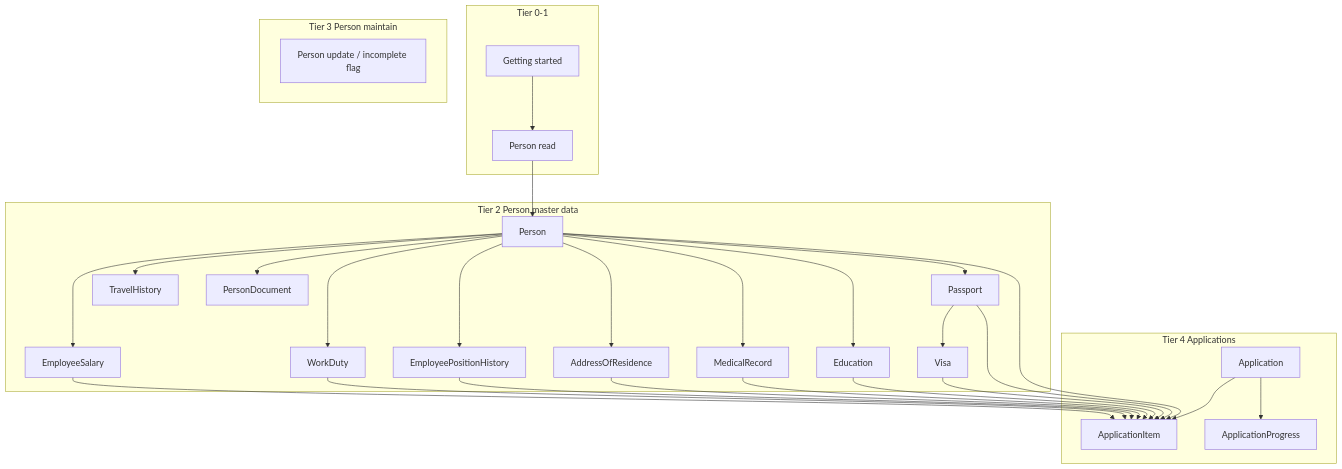
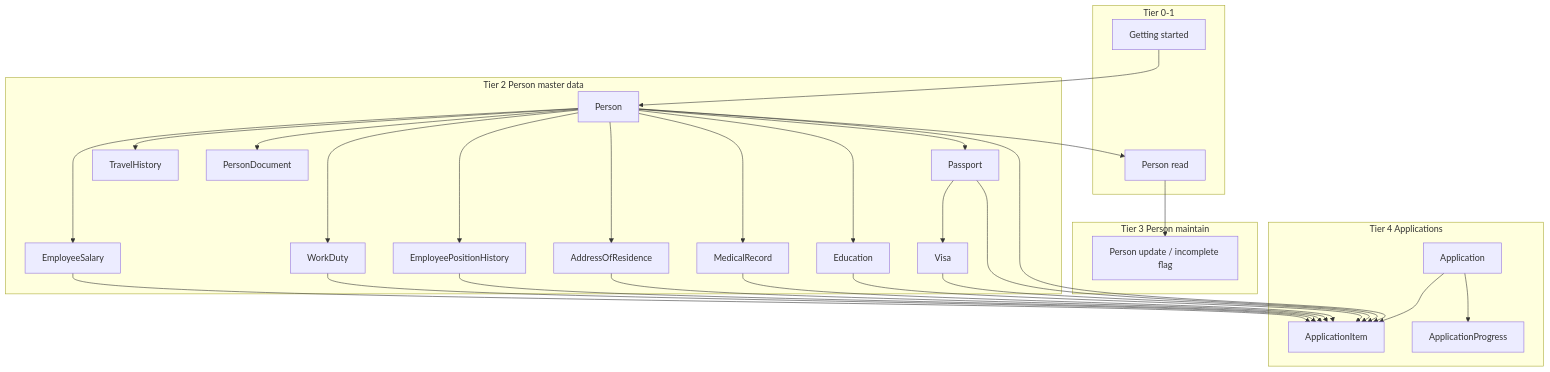
The diagram in .cursor/skills/visa2026-user-manual/curriculum.md (webapis/Visa2026), drawn with Mermaid before and after one commit. The commit also changed other lines of this file and 69 other files, not shown here.

````diff
--- a/.cursor/skills/visa2026-user-manual/curriculum.md
+++ b/.cursor/skills/visa2026-user-manual/curriculum.md
@@ -47,51 +47,52 @@
 ```mermaid
 flowchart TB
   subgraph tier01 [Tier 0-1]
     GS[Getting started]
     PersonRead[Person read]
   end
   subgraph tier2 [Tier 2 Person master data]
     Person[Person]
     Passport[Passport]
     Visa[Visa]
     Education[Education]
     Medical[MedicalRecord]
     Address[AddressOfResidence]
     Position[EmployeePositionHistory]
     WorkDuty[WorkDuty]
     Salary[EmployeeSalary]
     Travel[TravelHistory]
     CvDoc[PersonDocument]
     Person --> Passport
     Passport --> Visa
     Person --> Education
     Person --> Medical
     Person --> Address
     Person --> Position
     Person --> WorkDuty
     Person --> Salary
     Person --> Travel
     Person --> CvDoc
   end
   subgraph tier3 [Tier 3 Person maintain]
     PersonEdit[Person update / incomplete flag]
   end
   subgraph tier4 [Tier 4 Applications]
     App[Application]
     AppItem[ApplicationItem]
     AppProg[ApplicationProgress]
     App --> AppItem
     App --> AppProg
     Person --> AppItem
     Passport --> AppItem
     Visa --> AppItem
     Education --> AppItem
     Medical --> AppItem
     Address --> AppItem
     Position --> AppItem
     WorkDuty --> AppItem
     Salary --> AppItem
   end
-  GS --> PersonRead
-  PersonRead --> Person
+  GS --> Person
+  PersonRead --> PersonEdit
+  Person --> PersonRead
 ```
````
